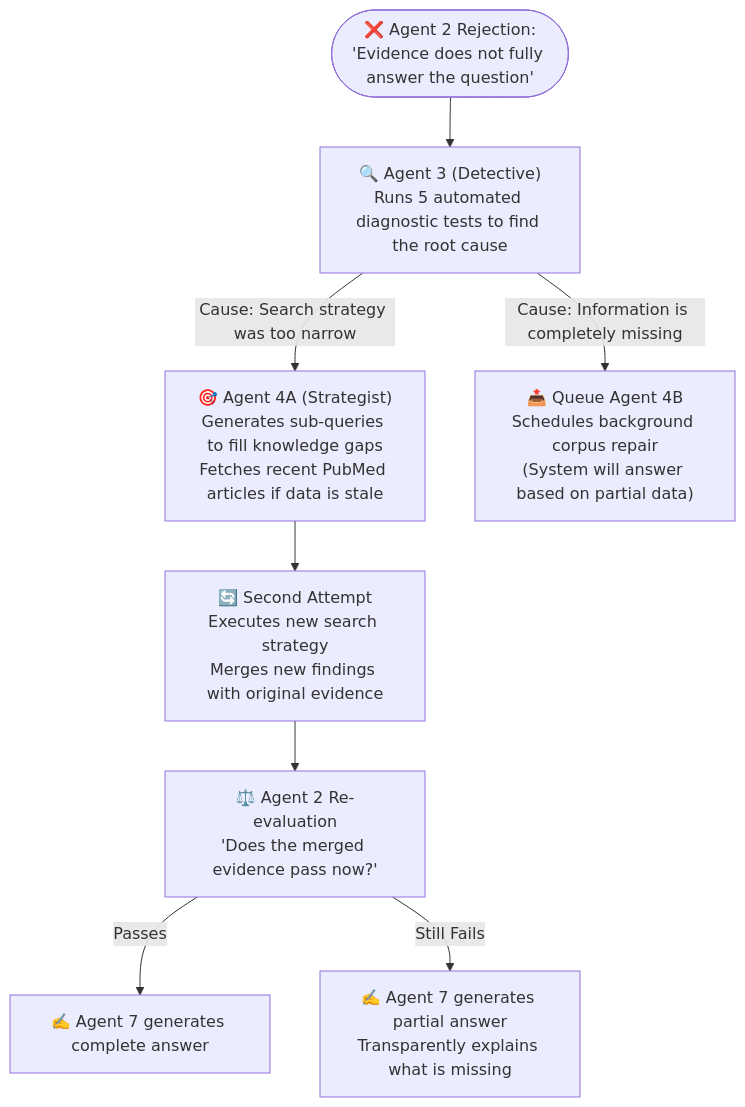
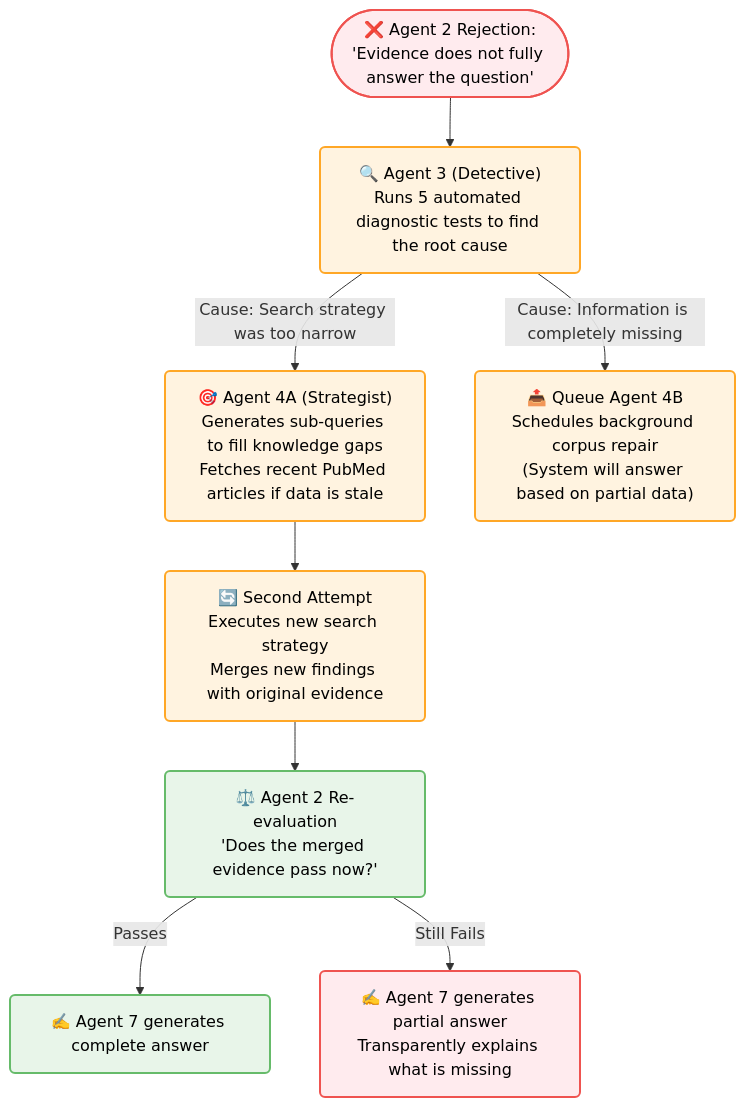
One commit to pavan939111/SelfLearning_Rag changed the third of 4 diagrams in README.md. Above: the diagram before and after it, drawn with Mermaid. The commit also changed other lines of this file, not shown here.

Commit message:
docs: redesign architecture diagrams with professional color grading and optimize README layout

````diff
--- a/README.md
+++ b/README.md
@@ -159,19 +118,23 @@
 ```mermaid
 flowchart TD
-    FAIL(["❌ Agent 2 Rejection:\n'Evidence does not fully answer the question'"]) --> A3
+    classDef fail fill:#ffebee,stroke:#ef5350,stroke-width:2px,color:#000,rx:5px
+    classDef repair fill:#fff3e0,stroke:#ffa726,stroke-width:2px,color:#000,rx:5px
+    classDef success fill:#e8f5e9,stroke:#66bb6a,stroke-width:2px,color:#000,rx:5px
 
-    A3["🔍 Agent 3 (Detective)\nRuns 5 automated diagnostic tests to find the root cause"]
+    FAIL(["❌ Agent 2 Rejection:\n'Evidence does not fully answer the question'"]):::fail --> A3
+
+    A3["🔍 Agent 3 (Detective)\nRuns 5 automated diagnostic tests to find the root cause"]:::repair
 
     A3 -->|"Cause: Search strategy was too narrow"| A4A
     A3 -->|"Cause: Information is completely missing"| EXIT
 
-    A4A["🎯 Agent 4A (Strategist)\nGenerates sub-queries to fill knowledge gaps\nFetches recent PubMed articles if data is stale"]
+    A4A["🎯 Agent 4A (Strategist)\nGenerates sub-queries to fill knowledge gaps\nFetches recent PubMed articles if data is stale"]:::repair
 
-    EXIT["📤 Queue Agent 4B\nSchedules background corpus repair\n(System will answer based on partial data)"]
+    EXIT["📤 Queue Agent 4B\nSchedules background corpus repair\n(System will answer based on partial data)"]:::repair
 
-    A4A --> RETRY["🔄 Second Attempt\nExecutes new search strategy\nMerges new findings with original evidence"]
-    RETRY --> CHECK["⚖️ Agent 2 Re-evaluation\n'Does the merged evidence pass now?'"]
+    A4A --> RETRY["🔄 Second Attempt\nExecutes new search strategy\nMerges new findings with original evidence"]:::repair
+    RETRY --> CHECK["⚖️ Agent 2 Re-evaluation\n'Does the merged evidence pass now?'"]:::success
 
-    CHECK -->|"Passes"| GEN["✍️ Agent 7 generates complete answer"]
-    CHECK -->|"Still Fails"| HONEST["✍️ Agent 7 generates partial answer\nTransparently explains what is missing"]
+    CHECK -->|"Passes"| GEN["✍️ Agent 7 generates complete answer"]:::success
+    CHECK -->|"Still Fails"| HONEST["✍️ Agent 7 generates partial answer\nTransparently explains what is missing"]:::fail
 ```
````
